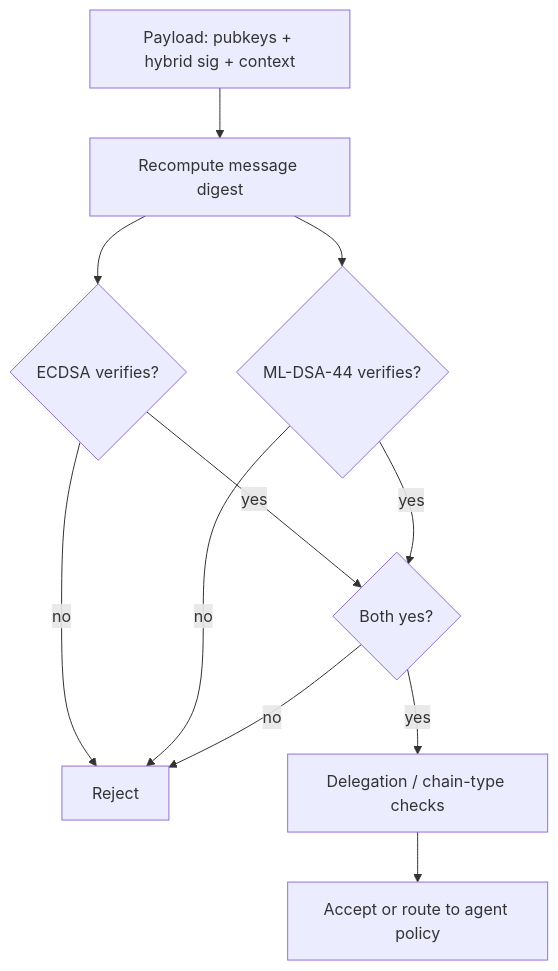
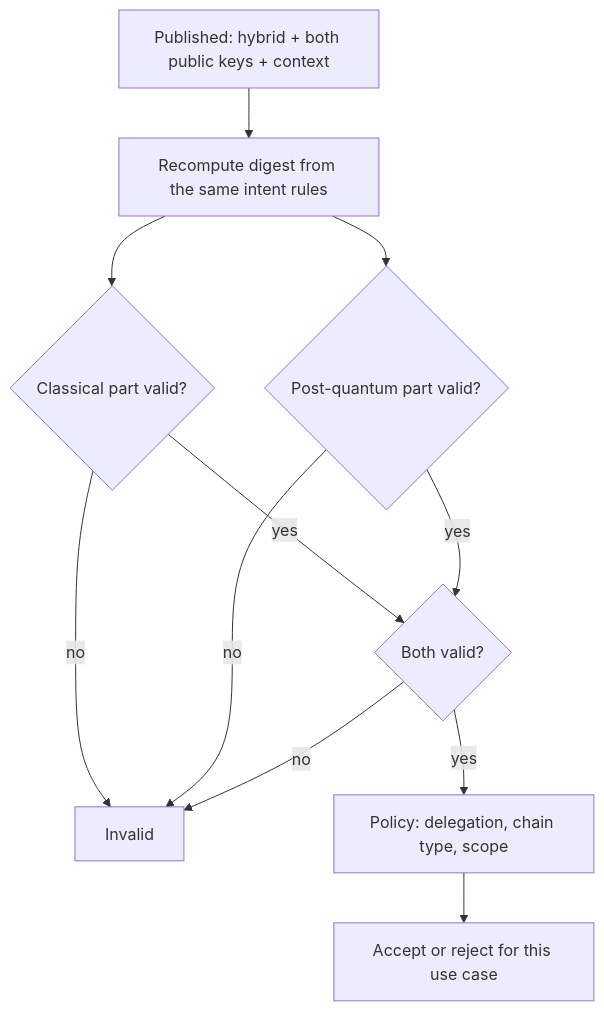
Before and after one commit to morpheum-labs/documentation: the sixth of 8 diagrams in signing/morpheum-signature.mdx, drawn with Mermaid. The commit also changed other lines of this file, not shown here.

````diff
--- a/signing/morpheum-signature.mdx
+++ b/signing/morpheum-signature.mdx
@@ -135,14 +142,14 @@
 ```mermaid
 flowchart TD
-  P[Payload: pubkeys + hybrid sig + context]
-  P --> D[Recompute message digest]
-  D --> V1{ECDSA verifies?}
-  D --> V2{ML-DSA-44 verifies?}
-  V1 -->|no| F[Reject]
-  V2 -->|no| F
-  V1 -->|yes| A{Both yes?}
-  V2 -->|yes| A
-  A -->|no| F
-  A -->|yes| C[Delegation / chain-type checks]
-  C --> OK[Accept or route to agent policy]
+  Start[Published: hybrid + both public keys + context]
+  Start --> R[Recompute digest from the same intent rules]
+  R --> V1{Classical part valid?}
+  R --> V2{Post-quantum part valid?}
+  V1 -->|no| Fail[Invalid]
+  V2 -->|no| Fail
+  V1 -->|yes| Both{Both valid?}
+  V2 -->|yes| Both
+  Both -->|no| Fail
+  Both -->|yes| Policy[Policy: delegation, chain type, scope]
+  Policy --> Out[Accept or reject for this use case]
 ```
````
